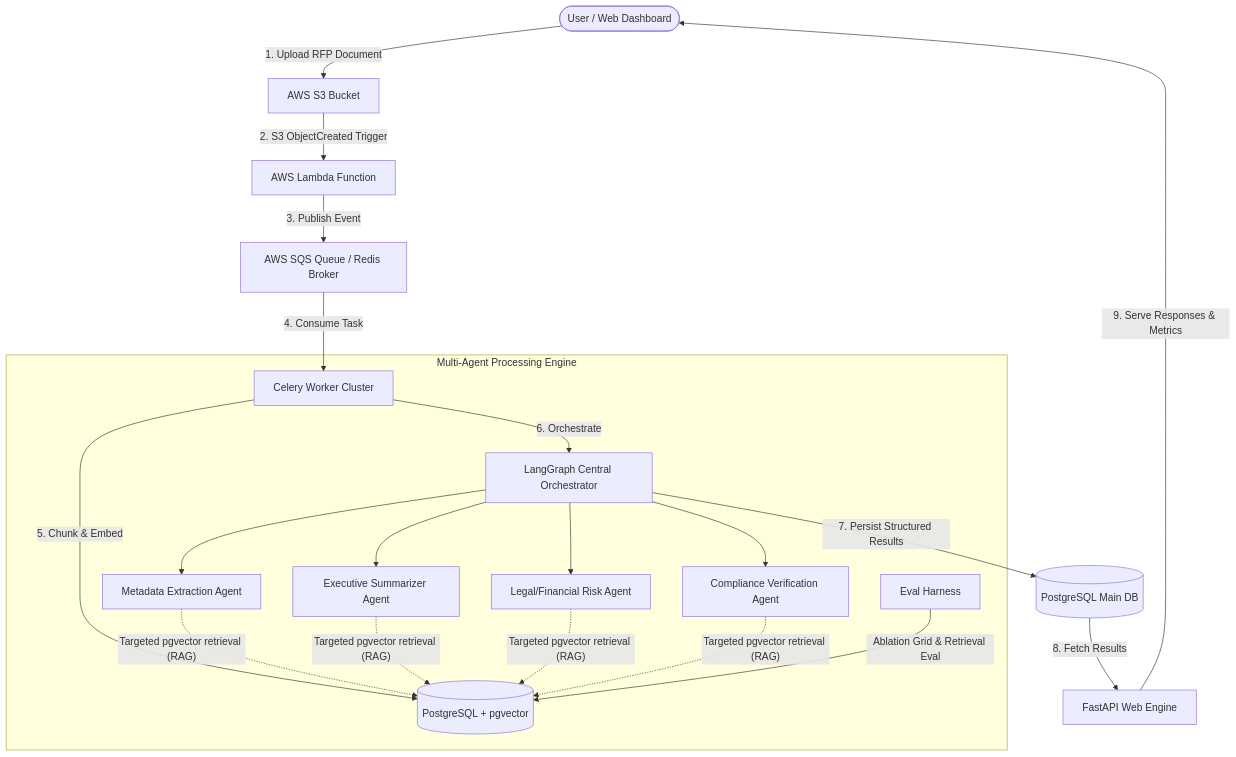
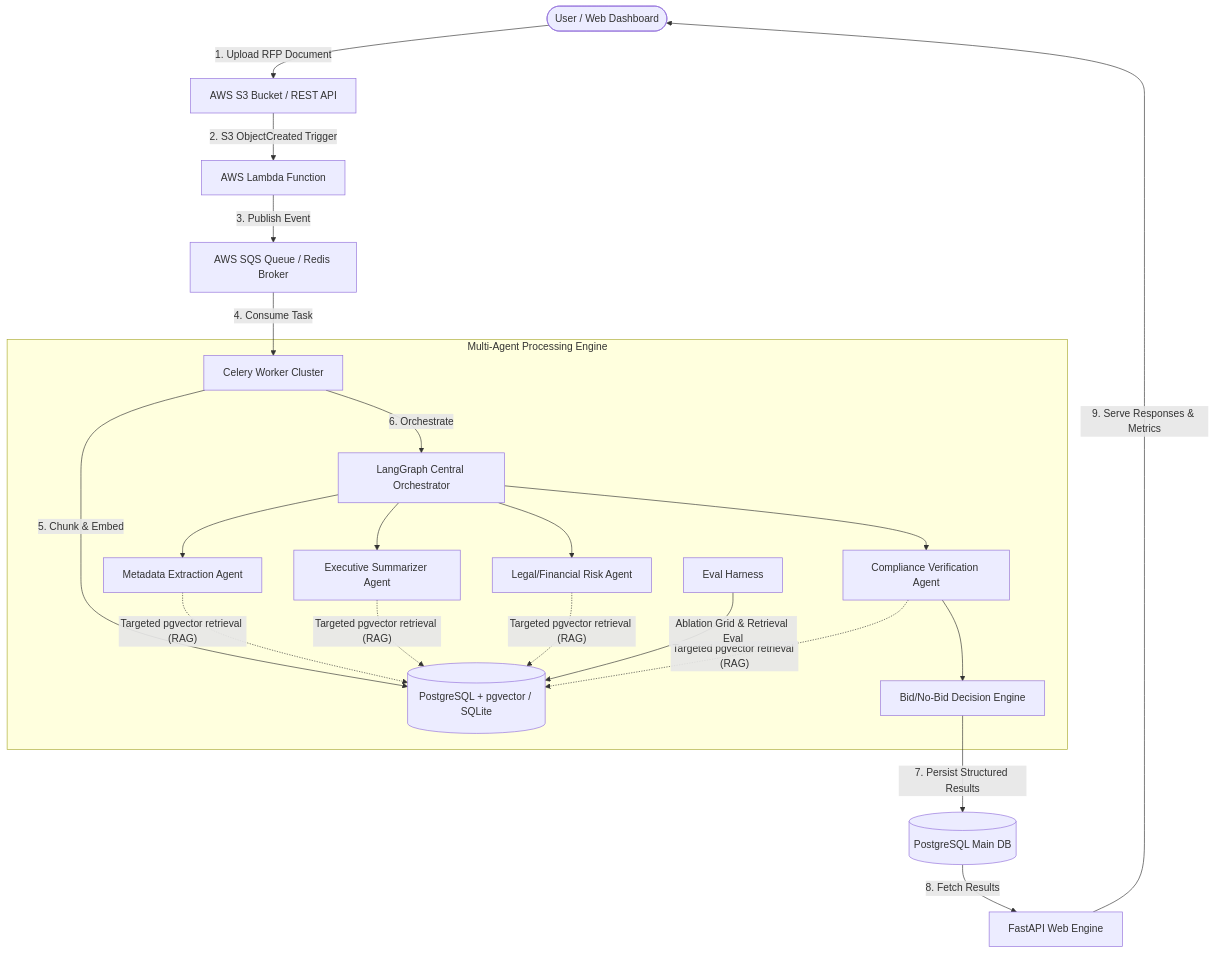
Before and after one commit to sharma614/Tender_AI: the diagram in README.md, drawn with Mermaid. The commit also changed other lines of this file and 17 other files, not shown here.

Commit message:
feat: Add Calibrated Bid/No-Bid Decision Engine, clean unused files, and update documentation

````diff
--- a/README.md
+++ b/README.md
@@ -15,24 +14,26 @@
 ```mermaid
 graph TD
-    User([User / Web Dashboard]) -->|1. Upload RFP Document| S3[AWS S3 Bucket]
+    User([User / Web Dashboard]) -->|1. Upload RFP Document| S3[AWS S3 Bucket / REST API]
     S3 -->|2. S3 ObjectCreated Trigger| Lambda[AWS Lambda Function]
     Lambda -->|3. Publish Event| SQS[AWS SQS Queue / Redis Broker]
     SQS -->|4. Consume Task| Worker[Celery Worker Cluster]
     
     subgraph Multi-Agent Processing Engine
-        Worker -->|5. Chunk & Embed| PGVector[(PostgreSQL + pgvector)]
+        Worker -->|5. Chunk & Embed| PGVector[(PostgreSQL + pgvector / SQLite)]
         Worker -->|6. Orchestrate| LangGraph[LangGraph Central Orchestrator]
         
         LangGraph --> Agent1[Metadata Extraction Agent]
         LangGraph --> Agent2[Executive Summarizer Agent]
         LangGraph --> Agent3[Legal/Financial Risk Agent]
         LangGraph --> Agent4[Compliance Verification Agent]
         
         Agent1 & Agent2 & Agent3 & Agent4 -.->|"Targeted pgvector retrieval (RAG)"| PGVector
+        
+        Agent4 --> Engine[Bid/No-Bid Decision Engine]
         EvalHarness[Eval Harness] -->|"Ablation Grid & Retrieval Eval"| PGVector
     end
     
-    LangGraph -->|7. Persist Structured Results| MainDB[(PostgreSQL Main DB)]
+    Engine -->|7. Persist Structured Results| MainDB[(PostgreSQL Main DB)]
     MainDB -->|8. Fetch Results| API[FastAPI Web Engine]
     API -->|9. Serve Responses & Metrics| User
 ```
````
